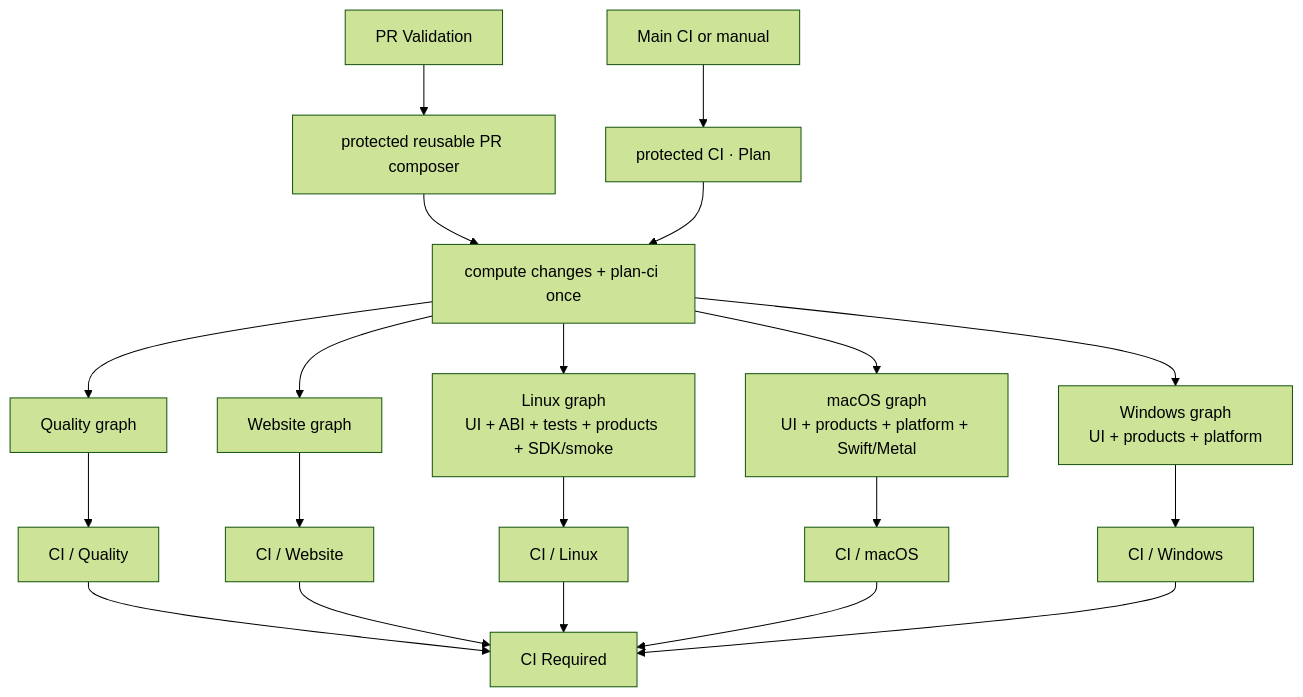
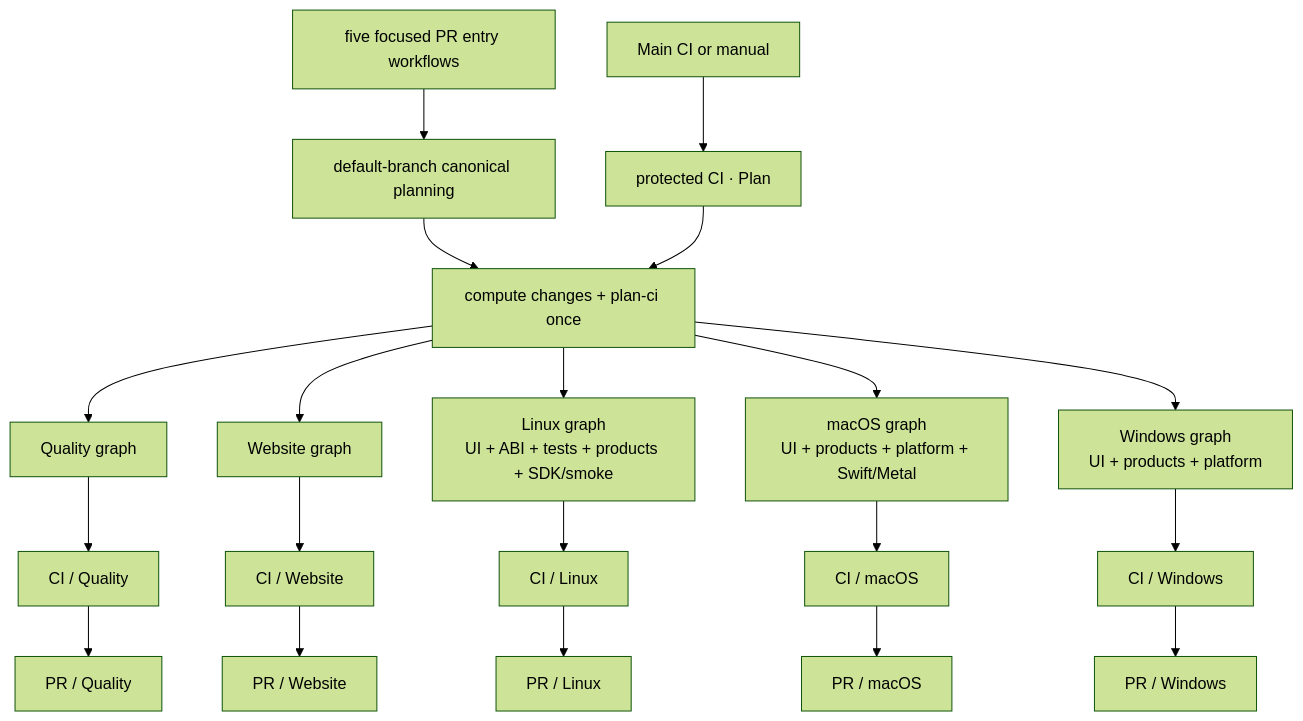
One commit to Mesh-LLM/mesh-llm changed the diagram in ci/ci.md. Above: the diagram before and after it, drawn with Mermaid (forest theme). The commit also changed other lines of this file and 23 other files, not shown here.

````diff
--- a/ci/ci.md
+++ b/ci/ci.md
@@ -33,22 +35,22 @@
 ```mermaid
 flowchart TD
-    PR["PR Validation"] --> PRPLAN["protected reusable PR composer"]
+    PR["five focused PR entry workflows"] --> PRPLAN["default-branch canonical planning"]
     MAIN["Main CI or manual"] --> CONTROL["protected CI · Plan"]
     PRPLAN --> PLAN["compute changes + plan-ci once"]
     CONTROL --> PLAN
     PLAN --> QUALITY["Quality graph"]
     PLAN --> WEB["Website graph"]
     PLAN --> LINUX["Linux graph\nUI + ABI + tests + products + SDK/smoke"]
     PLAN --> MAC["macOS graph\nUI + products + platform + Swift/Metal"]
     PLAN --> WIN["Windows graph\nUI + products + platform"]
     QUALITY --> QC["CI / Quality"]
     WEB --> WC["CI / Website"]
     LINUX --> LC["CI / Linux"]
     MAC --> MC["CI / macOS"]
     WIN --> XC["CI / Windows"]
-    QC --> GATE["CI Required"]
-    WC --> GATE
-    LC --> GATE
-    MC --> GATE
-    XC --> GATE
+    QC --> GATE["PR / Quality"]
+    WC --> WEBGATE["PR / Website"]
+    LC --> LINUXGATE["PR / Linux"]
+    MC --> MACGATE["PR / macOS"]
+    XC --> WINGATE["PR / Windows"]
 ```
````
